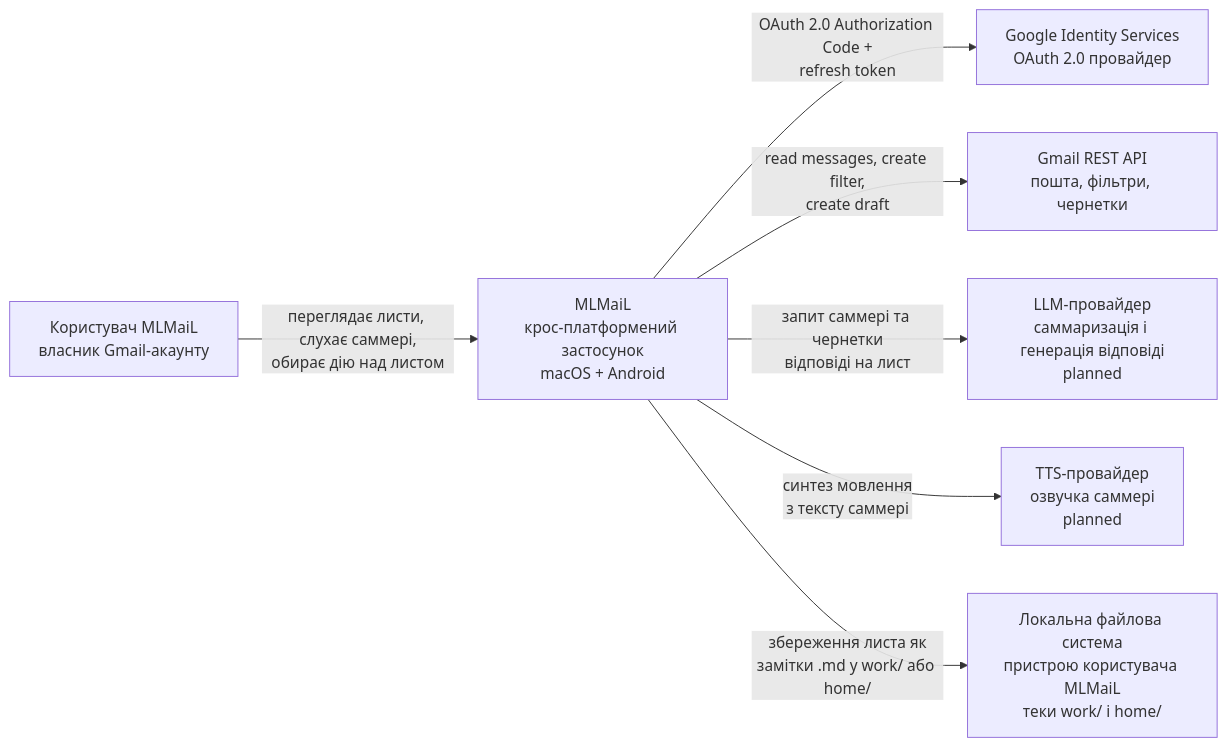
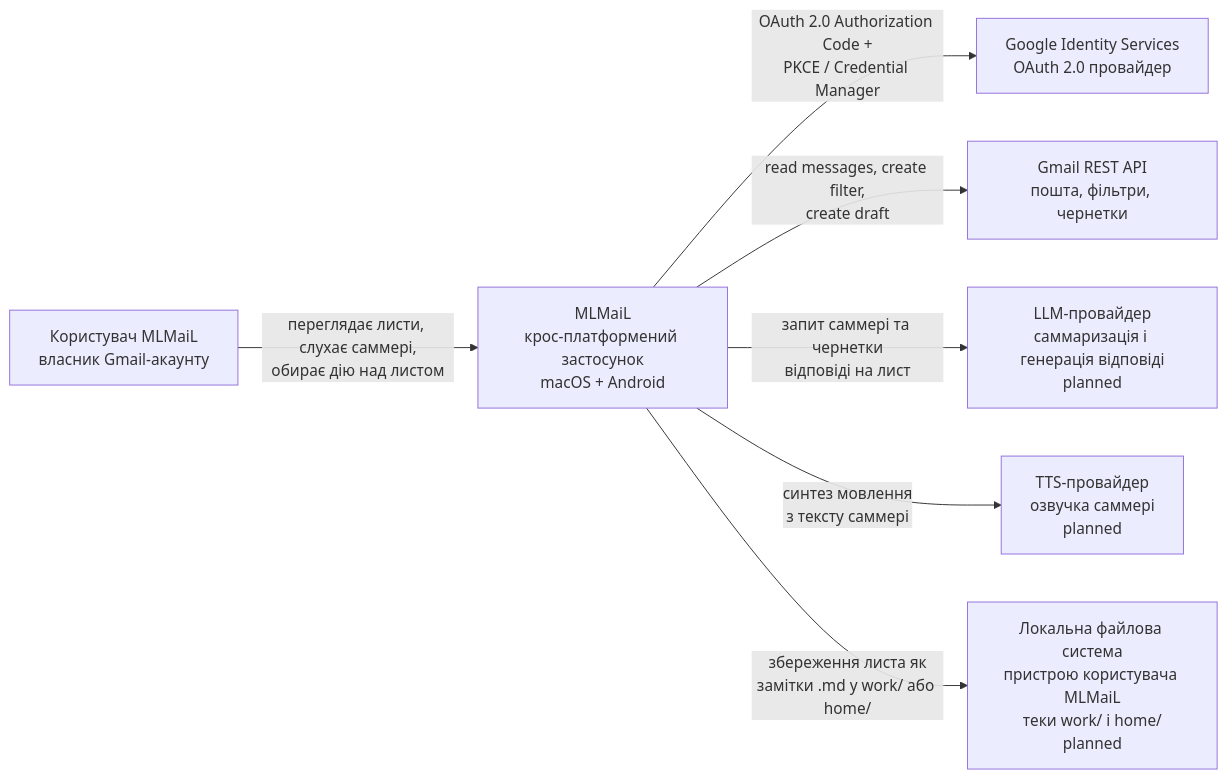
The diagram in docs/ci4/01-context.md (vitaliytv/mlmail), drawn with Mermaid before and after one commit. The commit also changed other lines of this file and 90 other files, not shown here.

````diff
--- a/docs/ci4/01-context.md
+++ b/docs/ci4/01-context.md
@@ -9,20 +7,20 @@
 ```mermaid
 graph LR
     User[Користувач MLMaiL<br/>власник Gmail-акаунту]
 
     MLMaiL[MLMaiL<br/>крос-платформений застосунок<br/>macOS + Android]
 
     GoogleIdentity[Google Identity Services<br/>OAuth 2.0 провайдер]
     GmailAPI[Gmail REST API<br/>пошта, фільтри, чернетки]
     LLMProvider[LLM-провайдер<br/>саммаризація і генерація відповіді<br/>planned]
     TTSProvider[TTS-провайдер<br/>озвучка саммері<br/>planned]
-    LocalFS[Локальна файлова система<br/>пристрою користувача MLMaiL<br/>теки work/ і home/]
+    LocalFS[Локальна файлова система<br/>пристрою користувача MLMaiL<br/>теки work/ і home/<br/>planned]
 
     User -- "переглядає листи, слухає саммері,<br/>обирає дію над листом" --> MLMaiL
 
-    MLMaiL -- "OAuth 2.0 Authorization Code +<br/>refresh token" --> GoogleIdentity
+    MLMaiL -- "OAuth 2.0 Authorization Code +<br/>PKCE / Credential Manager" --> GoogleIdentity
     MLMaiL -- "read messages, create filter,<br/>create draft" --> GmailAPI
     MLMaiL -- "запит саммері та чернетки<br/>відповіді на лист" --> LLMProvider
     MLMaiL -- "синтез мовлення<br/>з тексту саммері" --> TTSProvider
     MLMaiL -- "збереження листа як<br/>замітки .md у work/ або home/" --> LocalFS
 ```
````
